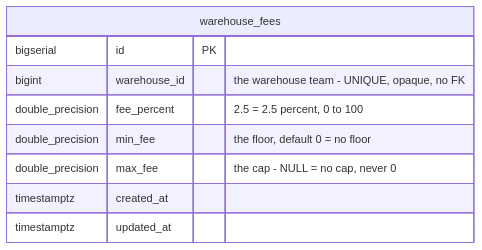
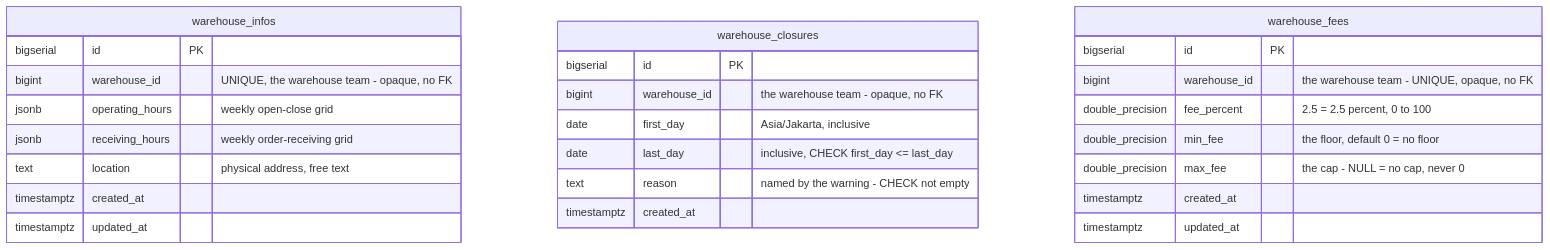
Before and after one commit to pdcgo/warehouse_revamp: diagram 20 of 20 in docs/database-schema.md, drawn with Mermaid. The commit also changed other lines of this file and 703 other files, not shown here.

````diff
--- a/docs/database-schema.md
+++ b/docs/database-schema.md
@@ -2087,12 +2262,31 @@
 ```mermaid
 erDiagram
+    warehouse_infos {
+        bigserial   id              PK
+        bigint      warehouse_id    "UNIQUE, the warehouse team - opaque, no FK"
+        jsonb       operating_hours "weekly open-close grid"
+        jsonb       receiving_hours "weekly order-receiving grid"
+        text        location        "physical address, free text"
+        timestamptz created_at
+        timestamptz updated_at
+    }
+
+    warehouse_closures {
+        bigserial   id           PK
+        bigint      warehouse_id "the warehouse team - opaque, no FK"
+        date        first_day    "Asia/Jakarta, inclusive"
+        date        last_day     "inclusive, CHECK first_day <= last_day"
+        text        reason       "named by the warning - CHECK not empty"
+        timestamptz created_at
+    }
+
     warehouse_fees {
         bigserial        id           PK
         bigint           warehouse_id "the warehouse team - UNIQUE, opaque, no FK"
         double_precision fee_percent  "2.5 = 2.5 percent, 0 to 100"
         double_precision min_fee      "the floor, default 0 = no floor"
         double_precision max_fee      "the cap - NULL = no cap, never 0"
         timestamptz      created_at
         timestamptz      updated_at
     }
 ```
````
